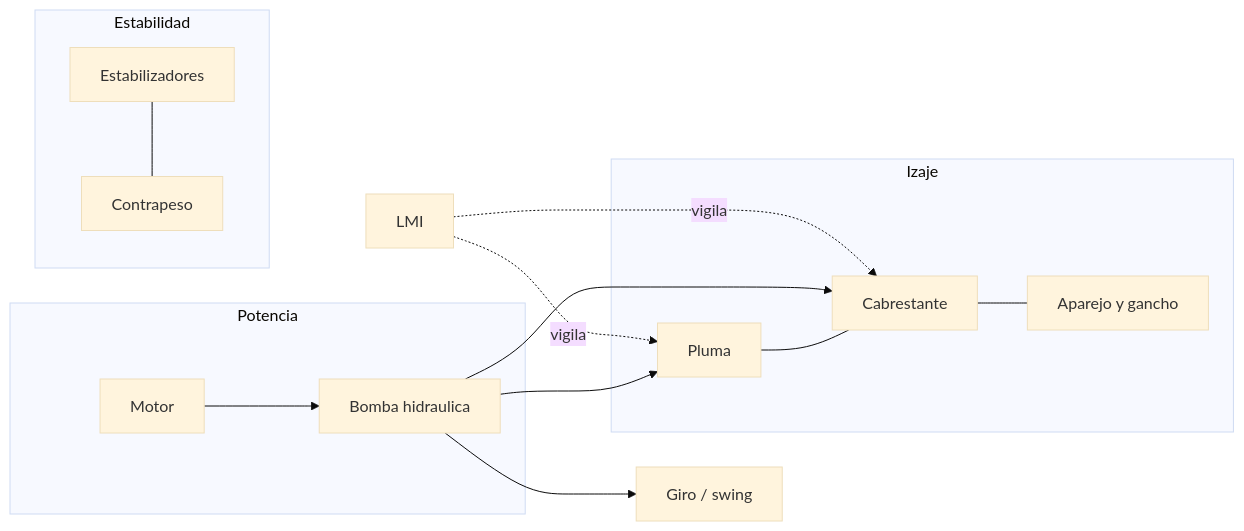
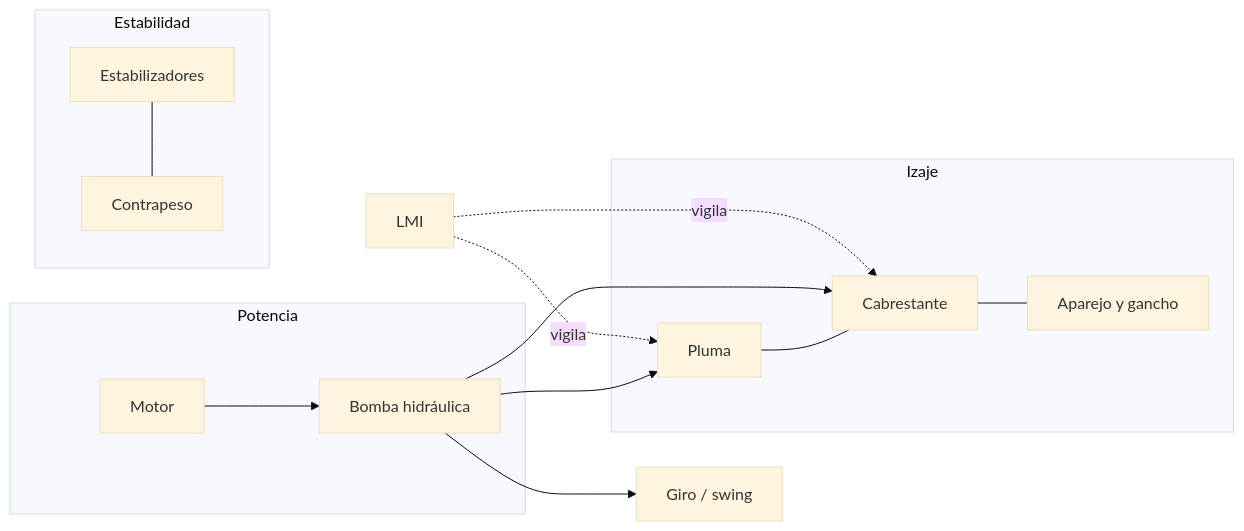
The first of 4 diagrams in vehiculos/gruas/operacion/sistemas-mecanicos-grua.md (vladimiracunadev-create/machine-operator-program), drawn with Mermaid (base theme) before and after one commit. The commit also changed other lines of this file and 442 other files, not shown here.

````diff
--- a/vehiculos/gruas/operacion/sistemas-mecanicos-grua.md
+++ b/vehiculos/gruas/operacion/sistemas-mecanicos-grua.md
@@ -10,18 +10,18 @@
 ```mermaid
 flowchart LR
     subgraph Potencia
-        Mo[Motor] --> Bo[Bomba hidraulica]
+        Mo[Motor] --> Bo[Bomba hidráulica]
     end
     subgraph Izaje
         Pl[Pluma] --- Ca[Cabrestante]
         Ca --- Ap[Aparejo y gancho]
     end
     subgraph Estabilidad
         Es[Estabilizadores] --- Co[Contrapeso]
     end
     Bo --> Pl
     Bo --> Ca
     Bo --> Gi[Giro / swing]
     LMI[LMI] -. vigila .-> Pl
     LMI -. vigila .-> Ca
 ```
````
